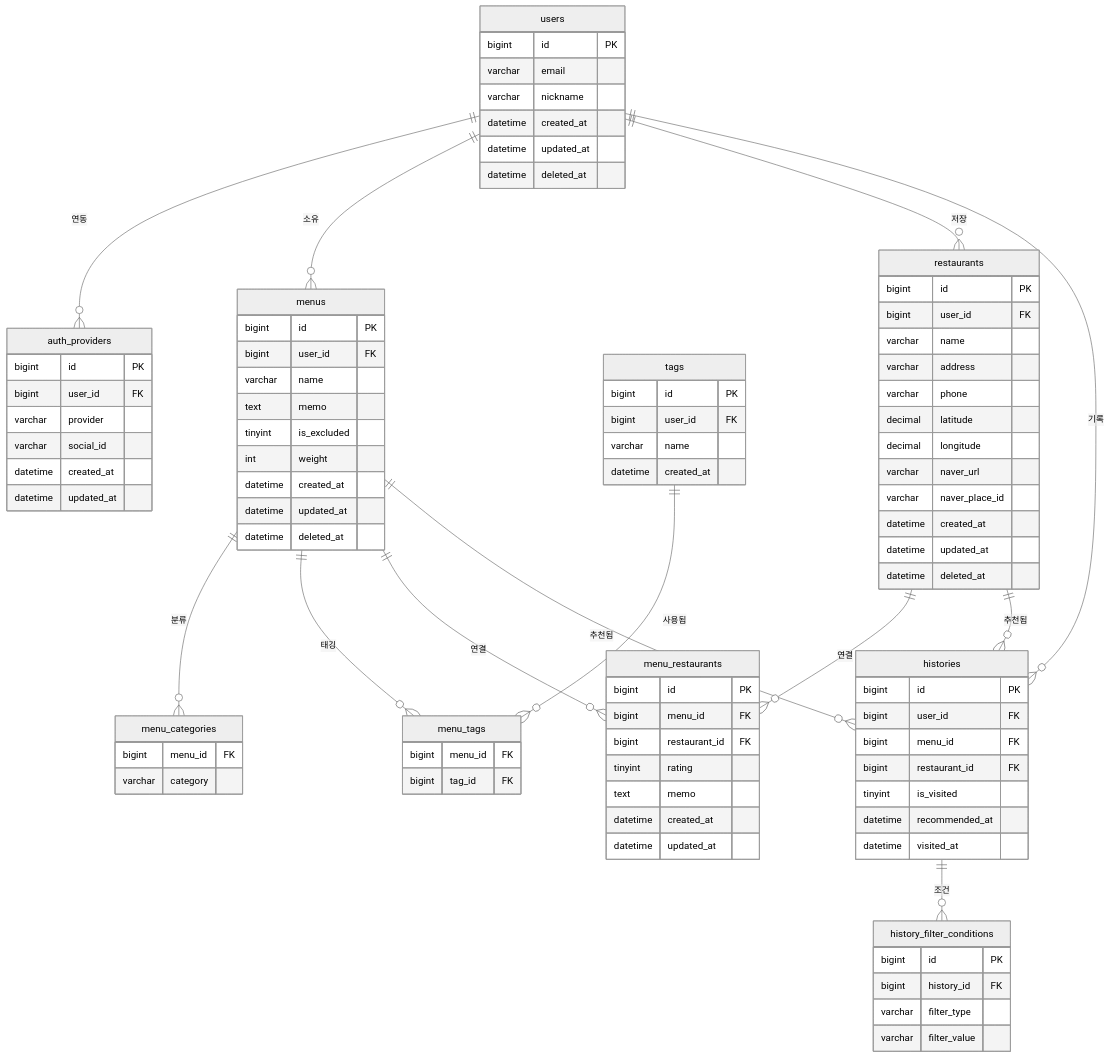
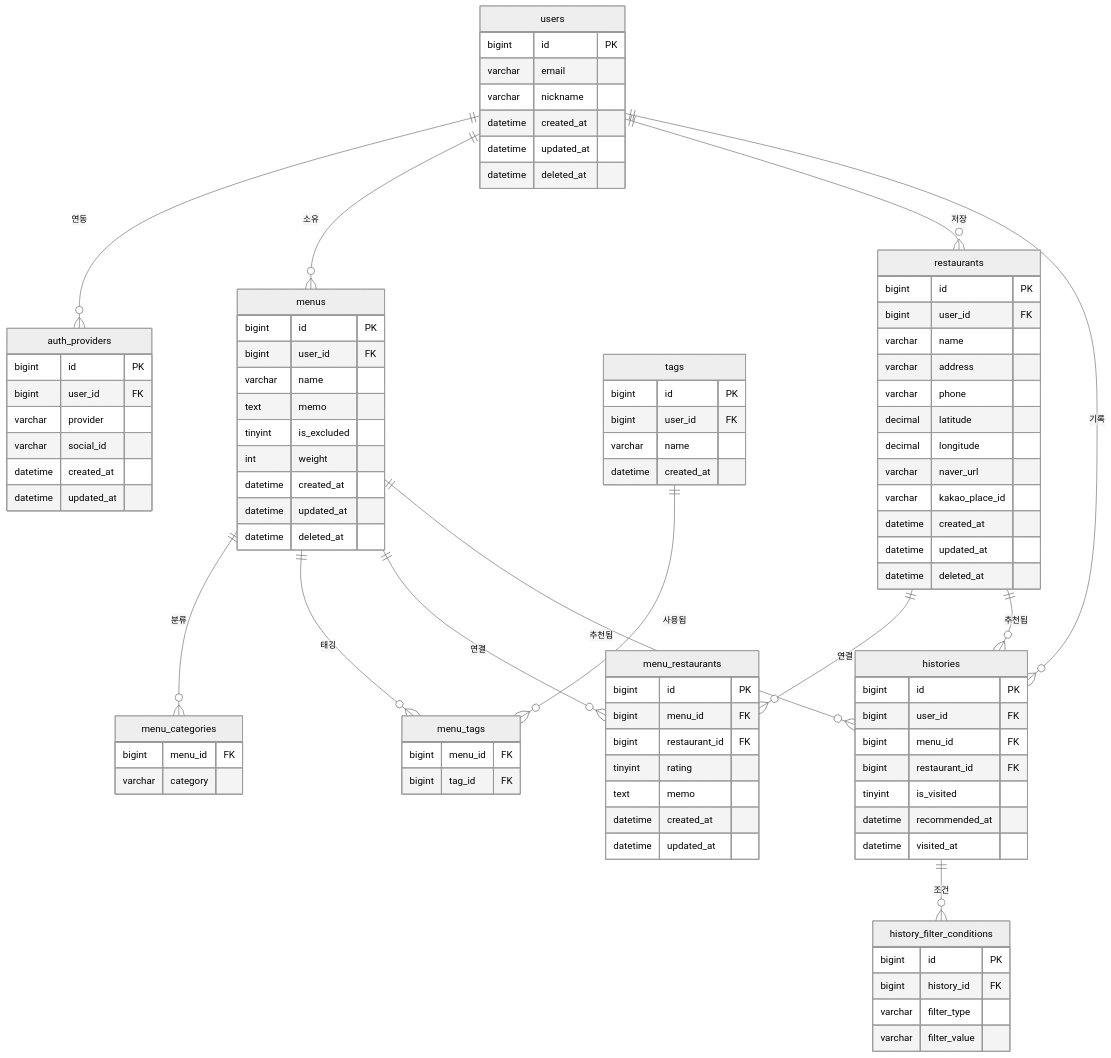
The diagram in docs/Planning.md (nameless0422/MenuPick), drawn with Mermaid (neutral theme) before and after one commit. The commit also changed other lines of this file and 28 other files, not shown here.

```diff
--- a/docs/Planning.md
+++ b/docs/Planning.md
@@ -339,7 +339,7 @@
     decimal latitude
     decimal longitude
     varchar naver_url
-    varchar naver_place_id
+    varchar kakao_place_id
     datetime created_at
     datetime updated_at
     datetime deleted_at
```
